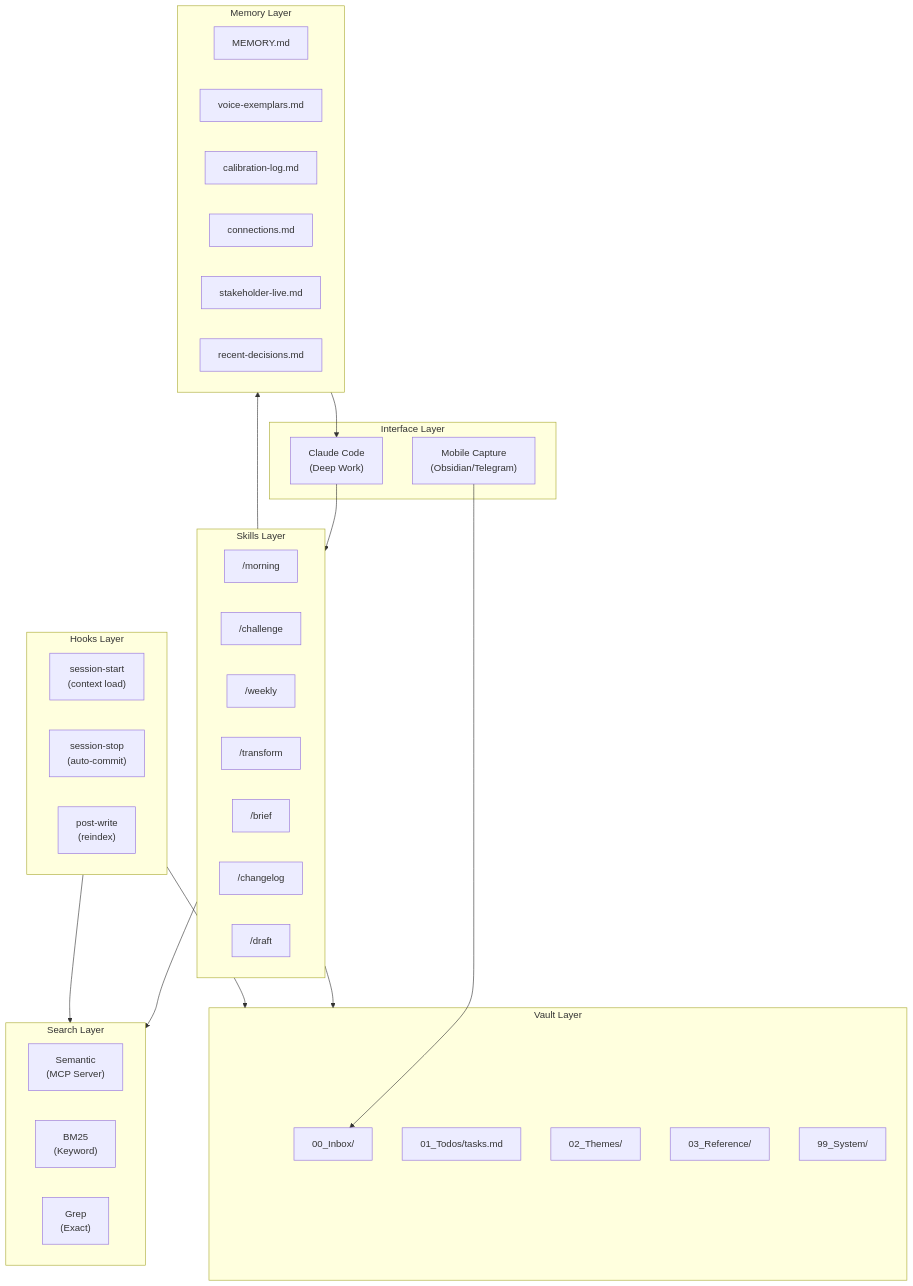
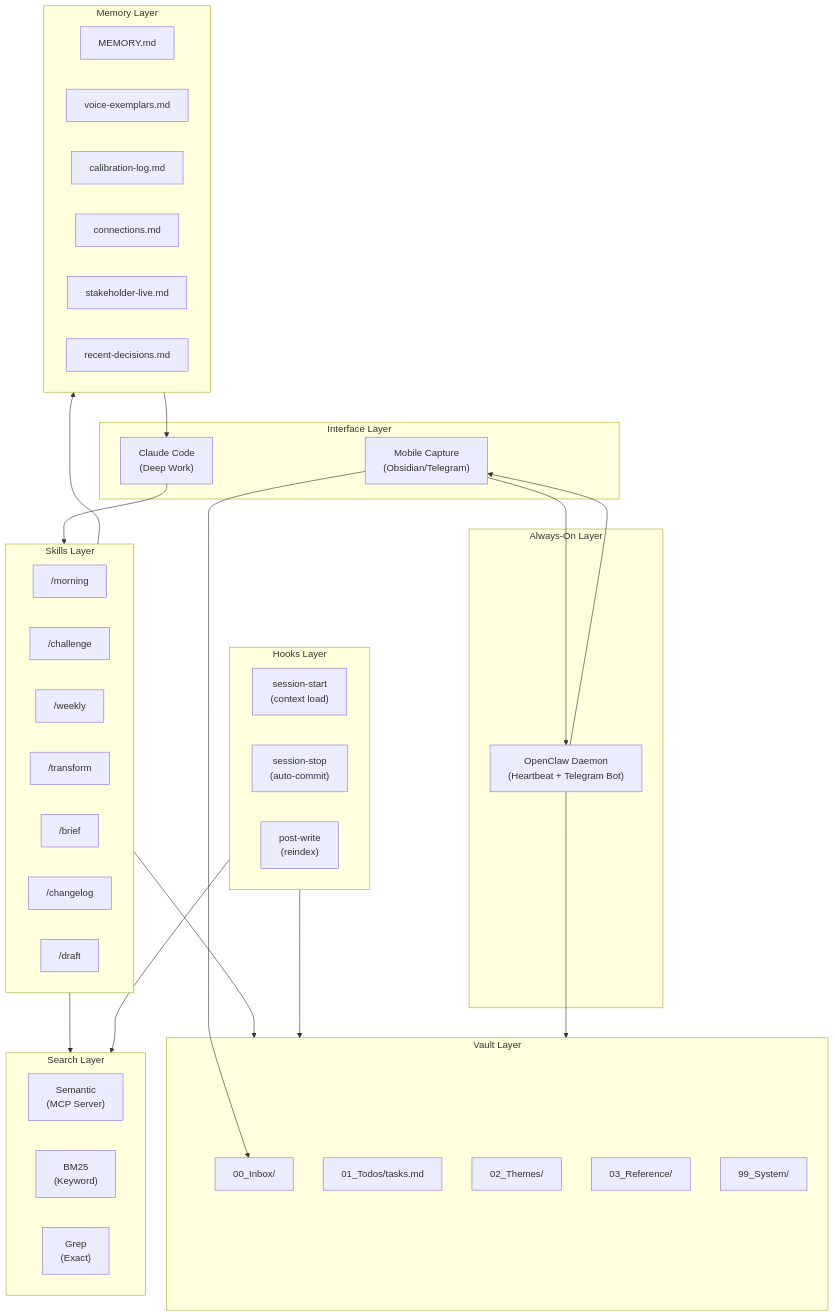
One commit to sovrana/qm-os changed the diagram in docs/architecture/overview.md. Above: the diagram before and after it, drawn with Mermaid. The commit also changed other lines of this file and 9 other files, not shown here.

First line of the commit message:
Update architecture from six to seven layers (add daemon layer)

````diff
--- a/docs/architecture/overview.md
+++ b/docs/architecture/overview.md
@@ -12,55 +12,62 @@
 ```mermaid
 graph TB
     subgraph Interface["Interface Layer"]
         Mobile["Mobile Capture<br/>(Obsidian/Telegram)"]
         CC["Claude Code<br/>(Deep Work)"]
+    end
+
+    subgraph Daemon["Always-On Layer"]
+        OC["OpenClaw Daemon<br/>(Heartbeat + Telegram Bot)"]
     end
 
     subgraph Vault["Vault Layer"]
         Inbox["00_Inbox/"]
         Todos["01_Todos/tasks.md"]
         Themes["02_Themes/"]
         Ref["03_Reference/"]
         Sys["99_System/"]
     end
 
     subgraph Skills["Skills Layer"]
         Morning["/morning"]
         Challenge["/challenge"]
         Weekly["/weekly"]
         Transform["/transform"]
         Brief["/brief"]
         Changelog["/changelog"]
         Draft["/draft"]
     end
 
     subgraph Hooks["Hooks Layer"]
         Start["session-start<br/>(context load)"]
         Stop["session-stop<br/>(auto-commit)"]
         PostWrite["post-write<br/>(reindex)"]
     end
 
     subgraph Memory["Memory Layer"]
         MEM["MEMORY.md"]
         Voice["voice-exemplars.md"]
         Cal["calibration-log.md"]
         Conn["connections.md"]
         Stake["stakeholder-live.md"]
         Rec["recent-decisions.md"]
     end
 
     subgraph Search["Search Layer"]
         Semantic["Semantic<br/>(MCP Server)"]
         BM25["BM25<br/>(Keyword)"]
         Grep["Grep<br/>(Exact)"]
     end
 
     CC --> Skills
     Skills --> Vault
     Skills --> Memory
     Skills --> Search
     Hooks --> Vault
     Hooks --> Search
     Mobile --> Inbox
+    Mobile --> OC
+    OC --> Vault
+    OC --> Mobile
     Memory --> CC
 ```
````
